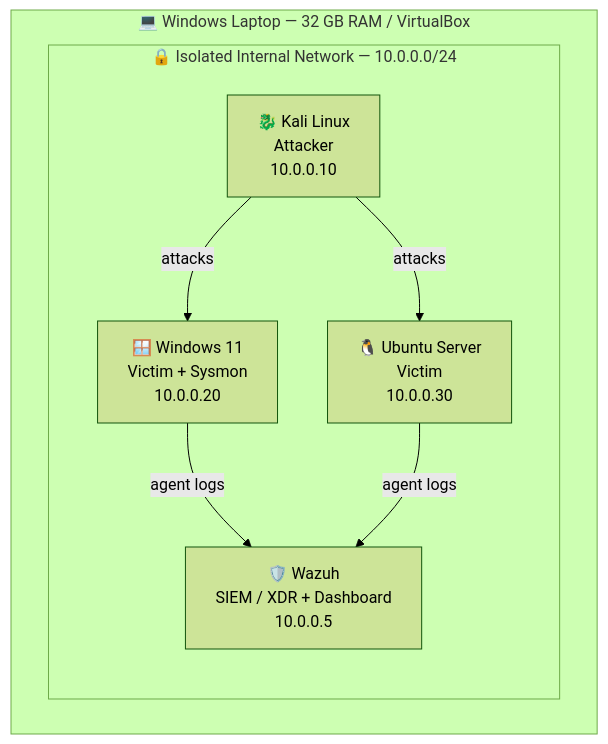
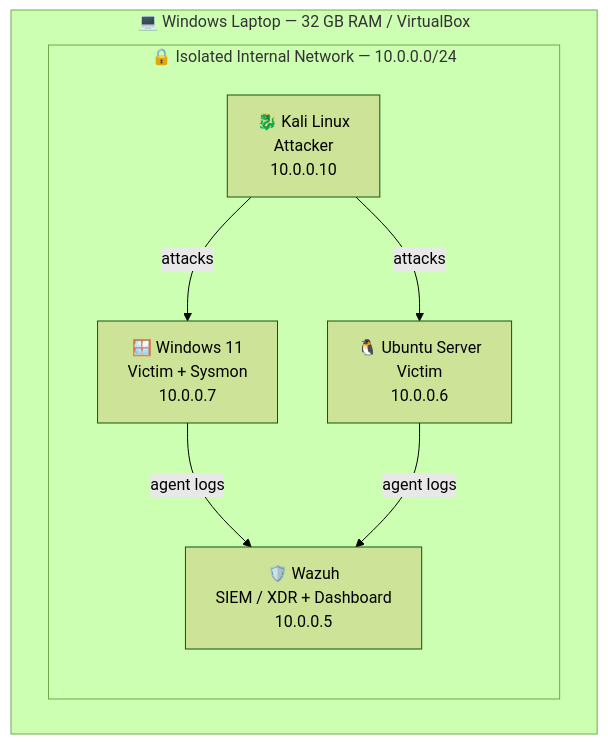
The first of 2 diagrams in README.md (AlessioVisconti/Home-SOC-Lab), drawn with Mermaid (forest theme) before and after one commit. The commit also changed other lines of this file, not shown here.

Commit message:
Entered the correct VM IPs

````diff
--- a/README.md
+++ b/README.md
@@ -33,16 +33,16 @@
 ```mermaid
 graph TD
     subgraph HOST["💻 Windows Laptop — 32 GB RAM / VirtualBox"]
         subgraph NET["🔒 Isolated Internal Network — 10.0.0.0/24"]
             KALI["🐉 Kali Linux<br/>Attacker<br/>10.0.0.10"]
-            WIN["🪟 Windows 11<br/>Victim + Sysmon<br/>10.0.0.20"]
-            UBU["🐧 Ubuntu Server<br/>Victim<br/>10.0.0.30"]
+            WIN["🪟 Windows 11<br/>Victim + Sysmon<br/>10.0.0.7"]
+            UBU["🐧 Ubuntu Server<br/>Victim<br/>10.0.0.6"]
             WAZUH["🛡️ Wazuh<br/>SIEM / XDR + Dashboard<br/>10.0.0.5"]
         end
     end
  
     KALI -->|attacks| WIN
     KALI -->|attacks| UBU
     WIN  -->|agent logs| WAZUH
     UBU  -->|agent logs| WAZUH
 ```
````
